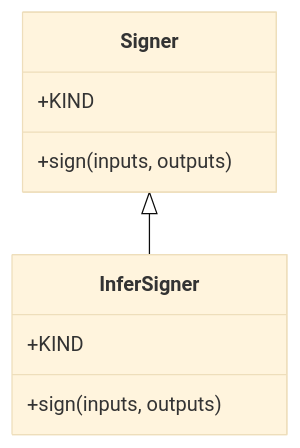
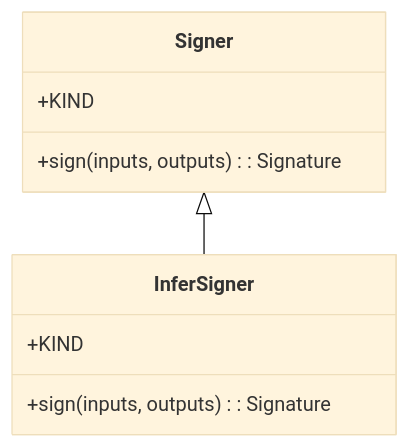
The first of 2 diagrams in wiki/signers.md (lgcorzo/mlops-python-package), drawn with Mermaid (base theme) before and after one commit. The commit also changed other lines of this file and 31 other files, not shown here.

````diff
--- a/wiki/signers.md
+++ b/wiki/signers.md
@@ -16,12 +16,12 @@
 ```mermaid
 classDiagram
     class Signer {
         +KIND
-        +sign(inputs, outputs)
+        +sign(inputs, outputs) : Signature
+    }
+    class InferSigner {
+        +KIND
+        +sign(inputs, outputs) : Signature
     }
     Signer <|-- InferSigner
-    class InferSigner {
-        +KIND
-        +sign(inputs, outputs)
-    }
 ```
````
